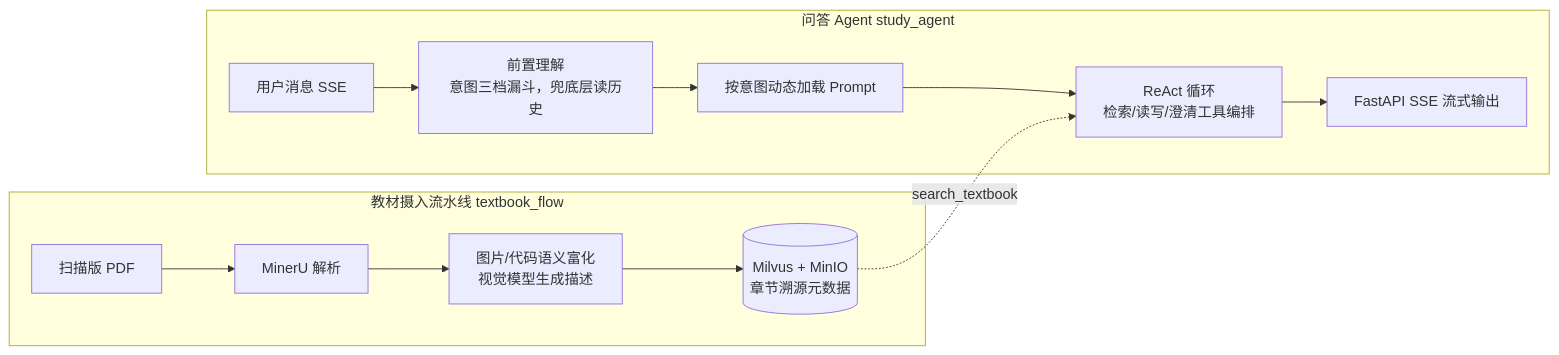
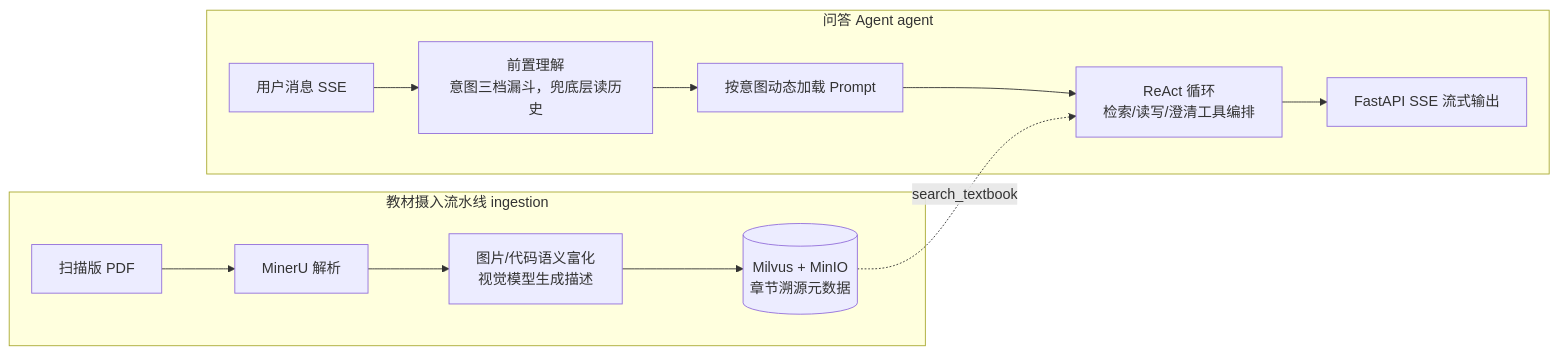
Before and after one commit to yunpingwu/grad_assist: the diagram in README.md, drawn with Mermaid. The commit also changed other lines of this file and 120 other files, not shown here.

First line of the commit message:
包名治理：study_agent → agent，textbook_flow → ingestion，clients → infra

````diff
--- a/README.md
+++ b/README.md
@@ -21,17 +21,17 @@
 ```mermaid
 flowchart LR
-  subgraph ingest [教材摄入流水线 textbook_flow]
+  subgraph ingest [教材摄入流水线 ingestion]
     PDF[扫描版 PDF] --> MinerU[MinerU 解析]
     MinerU --> Enrich[图片/代码语义富化<br/>视觉模型生成描述]
     Enrich --> Store[(Milvus + MinIO<br/>章节溯源元数据)]
   end
 
-  subgraph agent [问答 Agent study_agent]
+  subgraph agent [问答 Agent agent]
     Q[用户消息 SSE] --> Pre[前置理解<br/>意图三档漏斗，兜底层读历史]
     Pre --> Prompt[按意图动态加载 Prompt]
     Prompt --> React[ReAct 循环<br/>检索/读写/澄清工具编排]
     React --> R[FastAPI SSE 流式输出]
   end
 
   Store -.search_textbook.-> React
 ```
````
